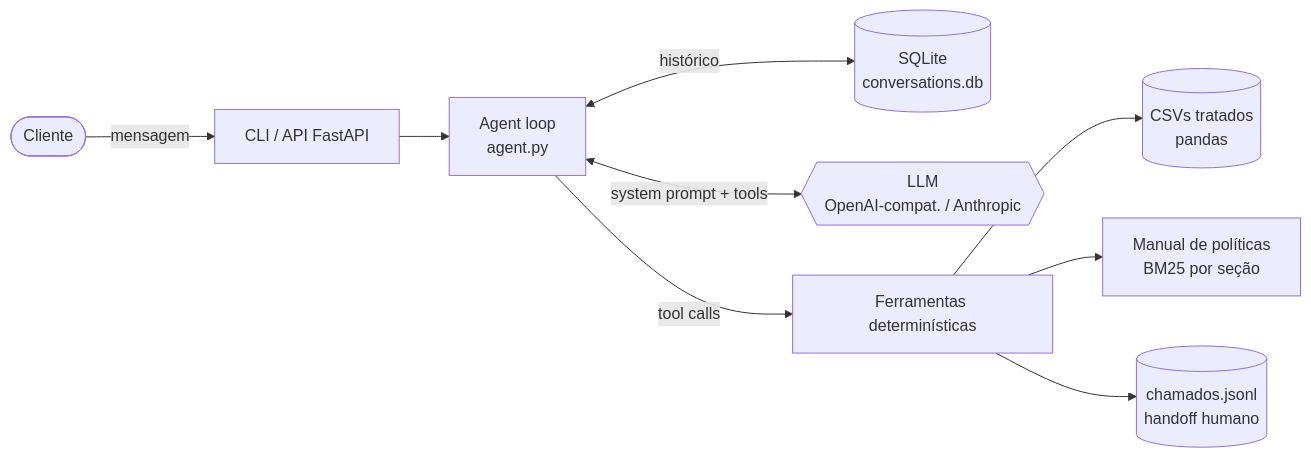
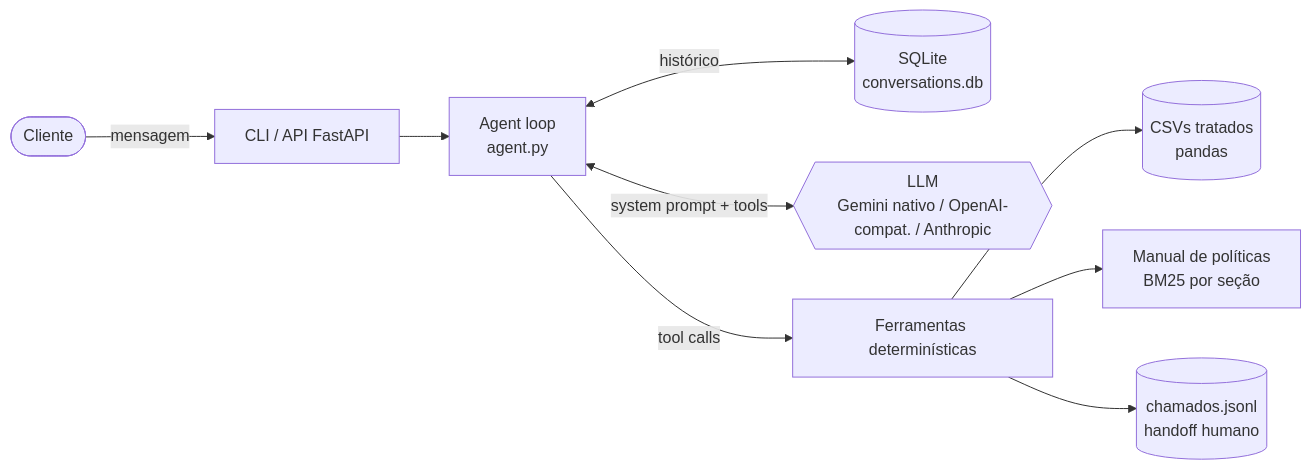
One commit to LaraLibanori/emporio-agent changed the diagram in README.md. Above: the diagram before and after it, drawn with Mermaid. The commit also changed other lines of this file and 2 other files, not shown here.

````diff
--- a/README.md
+++ b/README.md
@@ -91,11 +93,11 @@
 ```mermaid
 flowchart LR
     U([Cliente]) -->|mensagem| I[CLI / API FastAPI]
     I --> A[Agent loop<br/>agent.py]
     A <-->|histórico| M[(SQLite<br/>conversations.db)]
-    A <-->|system prompt + tools| L{{LLM<br/>OpenAI-compat. / Anthropic}}
+    A <-->|system prompt + tools| L{{LLM<br/>Gemini nativo / OpenAI-compat. / Anthropic}}
     A -->|tool calls| T[Ferramentas determinísticas]
     T --> D[(CSVs tratados<br/>pandas)]
     T --> P[Manual de políticas<br/>BM25 por seção]
     T --> C[(chamados.jsonl<br/>handoff humano)]
 ```
````
